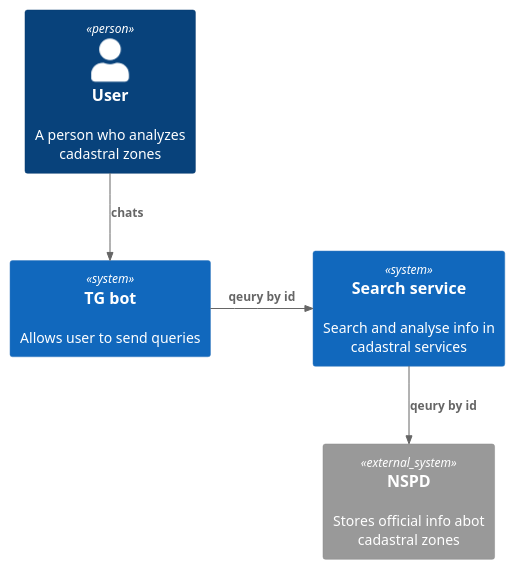
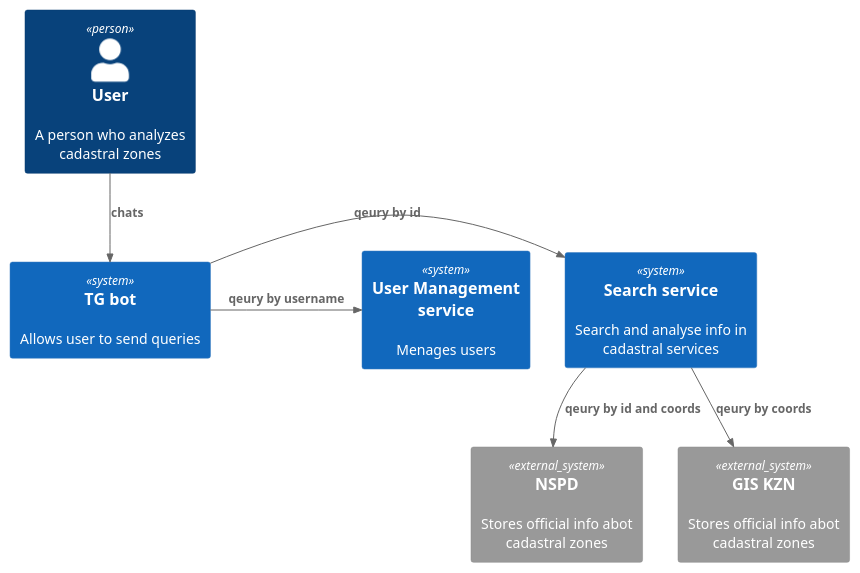
The diagram in doc/context/src.puml (lPeresvet/Avtors-Bot), drawn with PlantUML before and after one commit. The commit also changed 16 other files, not shown here.

```diff
--- a/doc/context/src.puml
+++ b/doc/context/src.puml
@@ -1,18 +1,22 @@
 @startuml
 !includeurl https://raw.githubusercontent.com/RicardoNiepel/C4-PlantUML/master/C4_Context.puml
 ' uncomment the following line and comment the first to use locally
 ' !include C4_Context.puml
 
 
 Person(user, "User", "A person who analyzes cadastral zones")
 
 System(tg_bot, "TG bot", "Allows user to send queries")
 System(search_service, "Search service", "Search and analyse info in cadastral services")
+System(um_service, "User Management service", "Menages users")
 
 System_Ext(nspd, "NSPD", "Stores official info abot cadastral zones")
+System_Ext(giskzn, "GIS KZN", "Stores official info abot cadastral zones")
 
 
 Rel(user, tg_bot, "chats")
 Rel_R(tg_bot, search_service, "qeury by id")
-Rel(search_service, nspd, "qeury by id")
+Rel_R(tg_bot, um_service, "qeury by username")
+Rel(search_service, nspd, "qeury by id and coords")
+Rel(search_service, giskzn, "qeury by coords")
 @enduml
```
